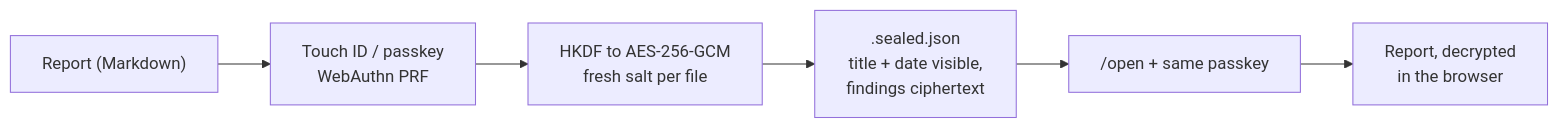
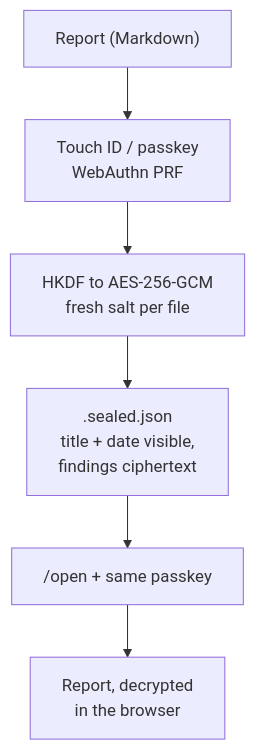
Before and after one commit to Adwaitbytes/monsmith: the sixth of 7 diagrams in README.md, drawn with Mermaid. The commit also changed other lines of this file and 1 other file, not shown here.

Commit message:
Give the README logo a transparent background and stack the long flows vertically

````diff
--- a/README.md
+++ b/README.md
@@ -334,8 +334,8 @@
 ```mermaid
-flowchart LR
+flowchart TB
     R["Report (Markdown)"] --> PK["Touch ID / passkey<br/>WebAuthn PRF"]
     PK --> K["HKDF to AES-256-GCM<br/>fresh salt per file"]
     K --> F[".sealed.json<br/>title + date visible,<br/>findings ciphertext"]
     F --> O["/open + same passkey"]
     O --> R2["Report, decrypted<br/>in the browser"]
 ```
````
